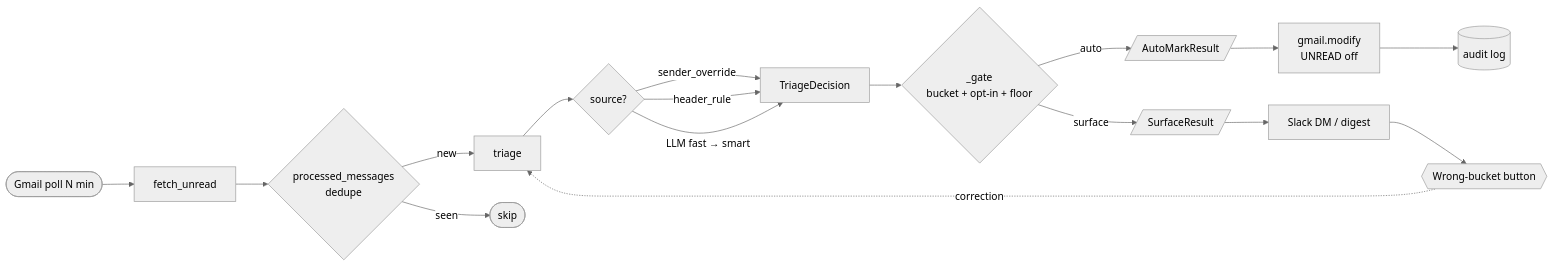
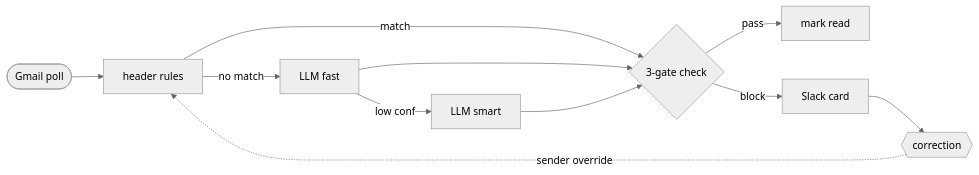
Before and after one commit to polurezov8/mail-agent: the diagram in README.md, drawn with Mermaid (neutral theme). The commit also changed other lines of this file and 26 other files, not shown here.

Commit message:
feat: LLM/user opt-in for auto-mark via TriageDecision.auto_mark

````diff
--- a/README.md
+++ b/README.md
@@ -110,23 +87,12 @@
 ```mermaid
 flowchart LR
-    A([Gmail poll N min]) --> B[fetch_unread]
-    B --> C{processed_messages\ndedupe}
-    C -->|new| D[triage]
-    C -->|seen| Z([skip])
-
-    D --> E{source?}
-    E -->|sender_override| F[TriageDecision]
-    E -->|header_rule| F
-    E -->|LLM fast → smart| F
-
-    F --> G{_gate\nbucket + opt-in + floor}
-    G -->|auto| H[/AutoMarkResult/]
-    G -->|surface| I[/SurfaceResult/]
-
-    H --> J[gmail.modify\nUNREAD off]
-    J --> K[(audit log)]
-
-    I --> L[Slack DM / digest]
-    L --> M{{Wrong-bucket button}}
-    M -. correction .-> D
+    A([Gmail poll]) --> B[header rules]
+    B -->|match| C{3-gate check}
+    B -->|no match| D[LLM fast]
+    D -->|low conf| E[LLM smart]
+    D & E --> C
+    C -->|pass| F[mark read]
+    C -->|block| G[Slack card]
+    G --> H{{correction}}
+    H -. sender override .-> B
 ```
````
